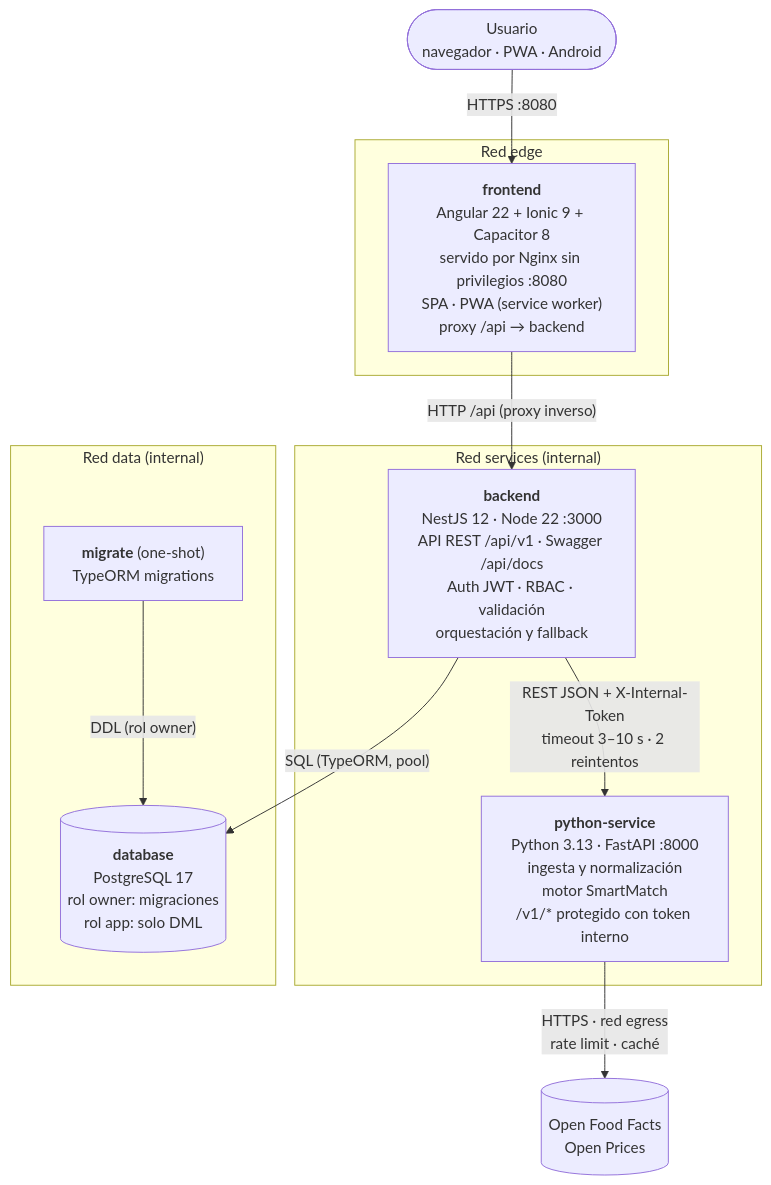
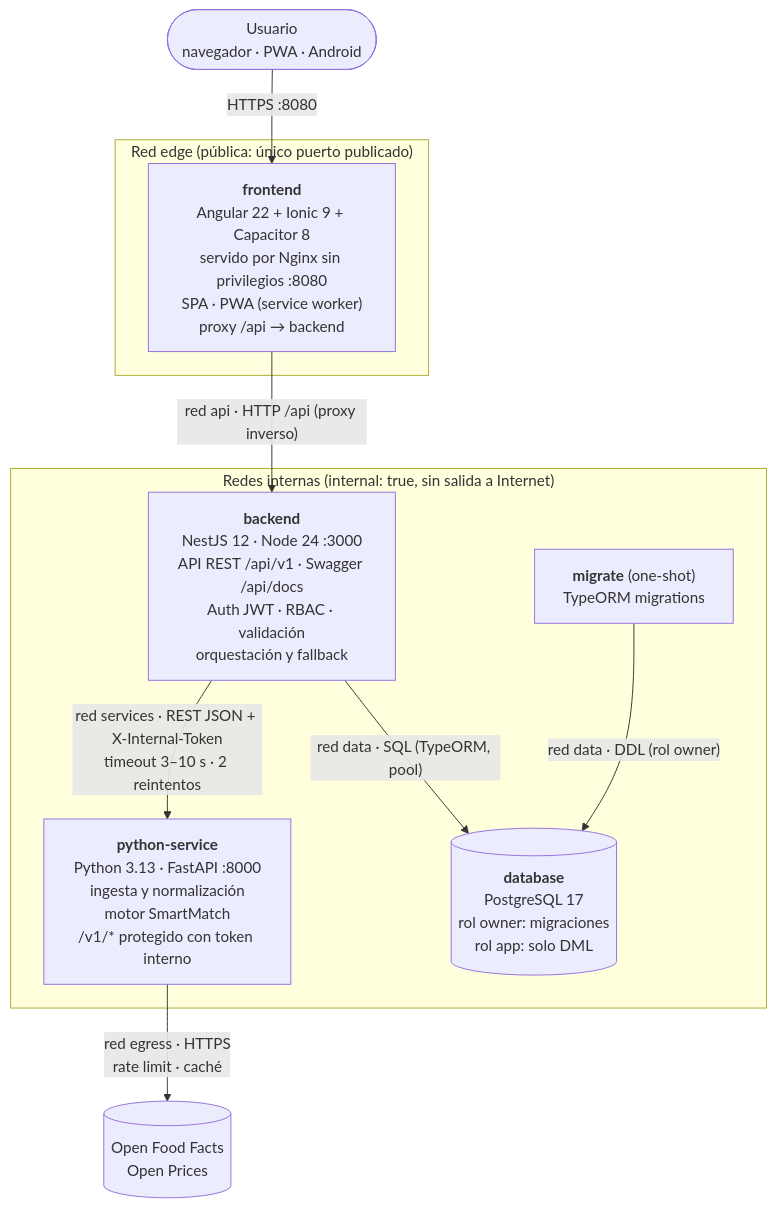
The second of 10 diagrams in docs/02-arquitectura.md (Dakotahh1/SmartCommerce), drawn with Mermaid before and after one commit. The commit also changed other lines of this file and 1 other file, not shown here.

First line of the commit message:
feat(docker): red interna api para aislar el gateway del servicio Python

````diff
--- a/docs/02-arquitectura.md
+++ b/docs/02-arquitectura.md
@@ -54,27 +54,24 @@
 ```mermaid
 flowchart TB
     user(["Usuario<br/>navegador · PWA · Android"])
 
-    subgraph edge["Red edge"]
+    subgraph edge["Red edge (pública: único puerto publicado)"]
         fe["<b>frontend</b><br/>Angular 22 + Ionic 9 + Capacitor 8<br/>servido por Nginx sin privilegios :8080<br/>SPA · PWA (service worker)<br/>proxy /api → backend"]
     end
 
-    subgraph services["Red services (internal)"]
-        be["<b>backend</b><br/>NestJS 12 · Node 22 :3000<br/>API REST /api/v1 · Swagger /api/docs<br/>Auth JWT · RBAC · validación<br/>orquestación y fallback"]
+    subgraph internas["Redes internas (internal: true, sin salida a Internet)"]
+        be["<b>backend</b><br/>NestJS 12 · Node 24 :3000<br/>API REST /api/v1 · Swagger /api/docs<br/>Auth JWT · RBAC · validación<br/>orquestación y fallback"]
         py["<b>python-service</b><br/>Python 3.13 · FastAPI :8000<br/>ingesta y normalización<br/>motor SmartMatch<br/>/v1/* protegido con token interno"]
-    end
-
-    subgraph data["Red data (internal)"]
         db[("<b>database</b><br/>PostgreSQL 17<br/>rol owner: migraciones<br/>rol app: solo DML")]
         mig["<b>migrate</b> (one-shot)<br/>TypeORM migrations"]
     end
 
     ext[("Open Food Facts<br/>Open Prices")]
 
     user -->|"HTTPS :8080"| fe
-    fe -->|"HTTP /api (proxy inverso)"| be
-    be -->|"SQL (TypeORM, pool)"| db
-    mig -->|"DDL (rol owner)"| db
-    be -->|"REST JSON + X-Internal-Token<br/>timeout 3–10 s · 2 reintentos"| py
-    py -->|"HTTPS · red egress<br/>rate limit · caché"| ext
+    fe -->|"red api · HTTP /api (proxy inverso)"| be
+    be -->|"red data · SQL (TypeORM, pool)"| db
+    mig -->|"red data · DDL (rol owner)"| db
+    be -->|"red services · REST JSON + X-Internal-Token<br/>timeout 3–10 s · 2 reintentos"| py
+    py -->|"red egress · HTTPS<br/>rate limit · caché"| ext
 ```
````
